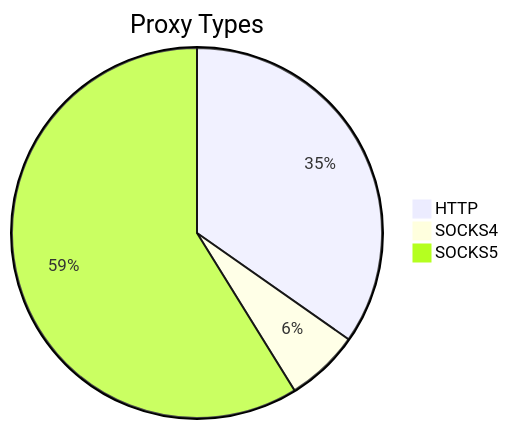
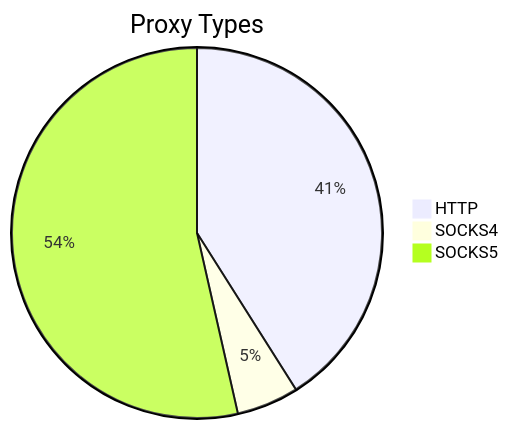
Before and after one commit to stormsia/proxy-list: the first of 2 diagrams in README.md, drawn with Mermaid. The commit also changed other lines of this file, not shown here.

````diff
--- a/README.md
+++ b/README.md
@@ -21,6 +21,6 @@
 ```mermaid
 pie title Proxy Types
-    "HTTP" : 545
-    "SOCKS4" : 101
-    "SOCKS5" : 923
+    "HTTP" : 567
+    "SOCKS4" : 75
+    "SOCKS5" : 740
 ```
````
